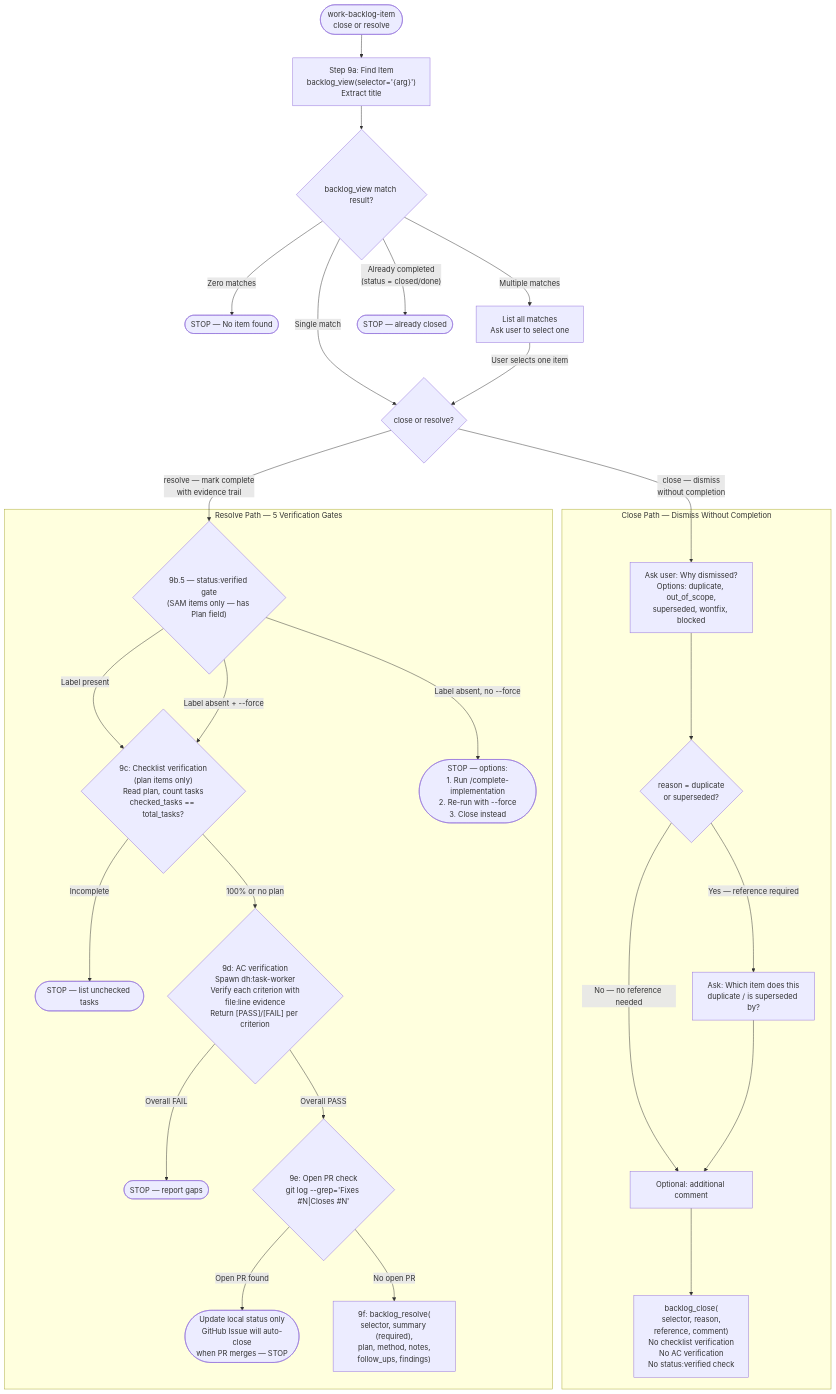
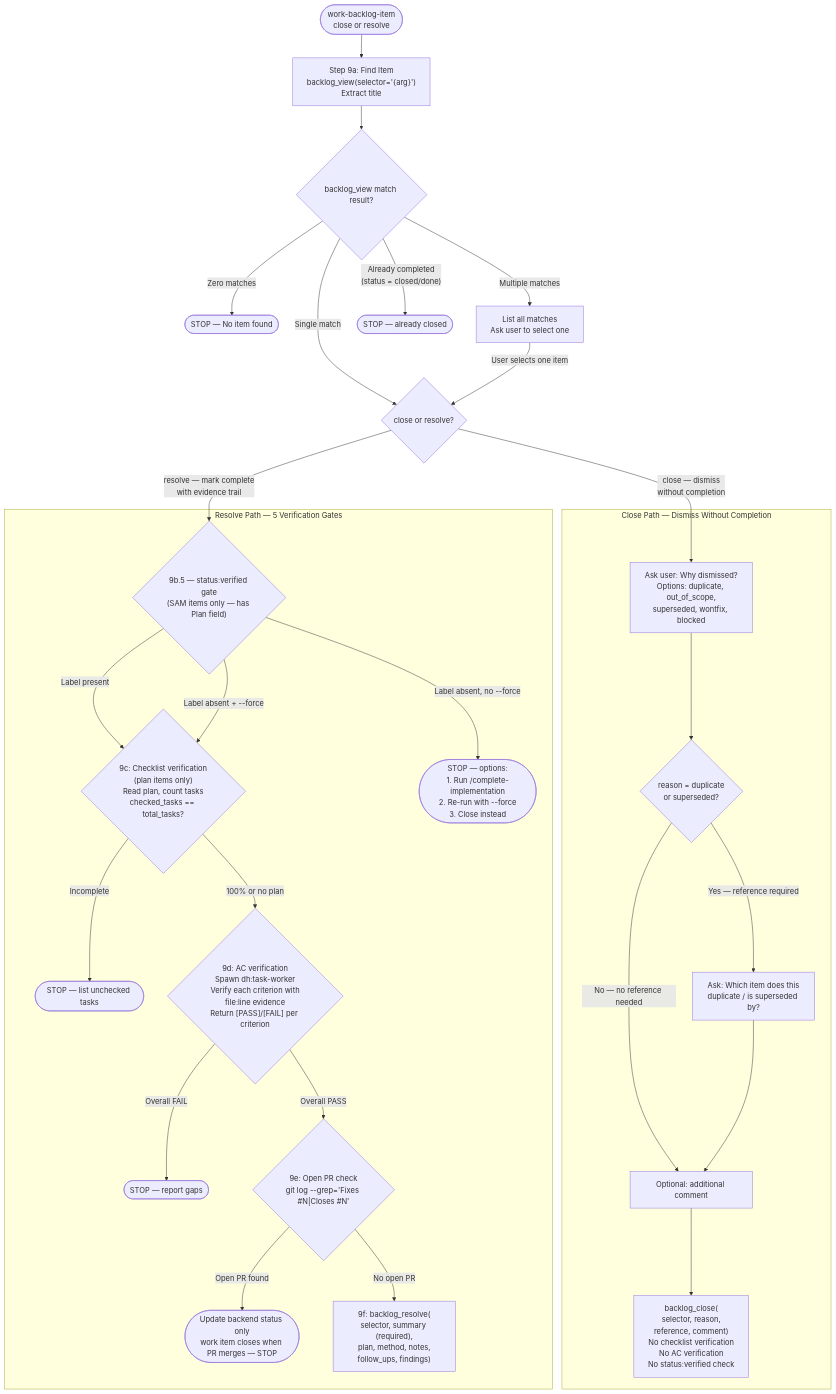
One commit to Jamie-BitFlight/claude_skills changed the eighth of 8 diagrams in plugins/development-harness/docs/backlog-item-lifecycle.md. Above: the diagram before and after it, drawn with Mermaid. The commit also changed other lines of this file and 16 other files, not shown here.

````diff
--- a/plugins/development-harness/docs/backlog-item-lifecycle.md
+++ b/plugins/development-harness/docs/backlog-item-lifecycle.md
@@ -689,43 +708,43 @@
 ```mermaid
 flowchart TD
     P7_START(["work-backlog-item<br>close or resolve"]) --> P7_FIND["Step 9a: Find Item<br>backlog_view(selector='{arg}')<br>Extract title"]
     P7_FIND --> P7_FIND_RESULT{"backlog_view match result?"}
     P7_FIND_RESULT -->|"Zero matches"| P7_STOP_NOTFOUND(["STOP — No item found"])
     P7_FIND_RESULT -->|"Multiple matches"| P7_PICK["List all matches<br>Ask user to select one"]
     P7_FIND_RESULT -->|"Already completed<br>(status = closed/done)"| P7_STOP_CLOSED(["STOP — already closed"])
     P7_FIND_RESULT -->|"Single match"| P7_ROUTE{close or resolve?}
     P7_PICK -->|"User selects one item"| P7_ROUTE
 
     P7_ROUTE -->|"close — dismiss<br>without completion"| P7_CLOSE_REASON
     P7_ROUTE -->|"resolve — mark complete<br>with evidence trail"| P7_VERIFIED_GATE
 
     subgraph P7_CLOSE [Close Path — Dismiss Without Completion]
         P7_CLOSE_REASON["Ask user: Why dismissed?<br>Options: duplicate, out_of_scope,<br>superseded, wontfix, blocked"]
         P7_CLOSE_REASON --> P7_CLOSE_REF{"reason = duplicate<br>or superseded?"}
         P7_CLOSE_REF -->|"Yes — reference required"| P7_CLOSE_ASK_REF["Ask: Which item does this<br>duplicate / is superseded by?"]
         P7_CLOSE_REF -->|"No — no reference needed"| P7_CLOSE_COMMENT
         P7_CLOSE_ASK_REF --> P7_CLOSE_COMMENT["Optional: additional comment"]
         P7_CLOSE_COMMENT --> P7_CLOSE_CALL["backlog_close(<br>selector, reason,<br>reference, comment)<br>No checklist verification<br>No AC verification<br>No status:verified check"]
     end
 
     subgraph P7_RESOLVE [Resolve Path — 5 Verification Gates]
         P7_VERIFIED_GATE{"9b.5 — status:verified gate<br>(SAM items only — has Plan field)"}
         P7_VERIFIED_GATE -->|"Label present"| P7_CHECKLIST_GATE
         P7_VERIFIED_GATE -->|"Label absent + --force"| P7_CHECKLIST_GATE
         P7_VERIFIED_GATE -->|"Label absent, no --force"| P7_STOP_UNVERIFIED(["STOP — options:<br>1. Run /complete-implementation<br>2. Re-run with --force<br>3. Close instead"])
 
         P7_CHECKLIST_GATE{"9c: Checklist verification<br>(plan items only)<br>Read plan, count tasks<br>checked_tasks == total_tasks?"}
         P7_CHECKLIST_GATE -->|"Incomplete"| P7_STOP_UNCHECKED(["STOP — list unchecked tasks"])
         P7_CHECKLIST_GATE -->|"100% or no plan"| P7_AC_GATE
 
         P7_AC_GATE{"9d: AC verification<br>Spawn dh:task-worker<br>Verify each criterion with<br>file:line evidence<br>Return [PASS]/[FAIL] per criterion"}
         P7_AC_GATE -->|"Overall FAIL"| P7_STOP_AC_FAIL(["STOP — report gaps"])
         P7_AC_GATE -->|"Overall PASS"| P7_PR_CHECK
 
         P7_PR_CHECK{"9e: Open PR check<br>git log --grep='Fixes #N|Closes #N'"}
-        P7_PR_CHECK -->|"Open PR found"| P7_STOP_PR_WAIT(["Update local status only<br>GitHub Issue will auto-close<br>when PR merges — STOP"])
+        P7_PR_CHECK -->|"Open PR found"| P7_STOP_PR_WAIT(["Update backend status only<br>work item closes when PR merges — STOP"])
         P7_PR_CHECK -->|"No open PR"| P7_RESOLVE_CALL
 
         P7_RESOLVE_CALL["9f: backlog_resolve(<br>selector, summary (required),<br>plan, method, notes,<br>follow_ups, findings)"]
     end
 ```
````
